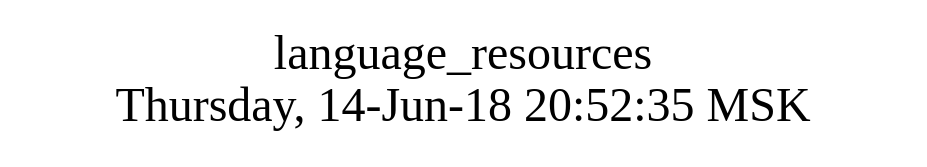
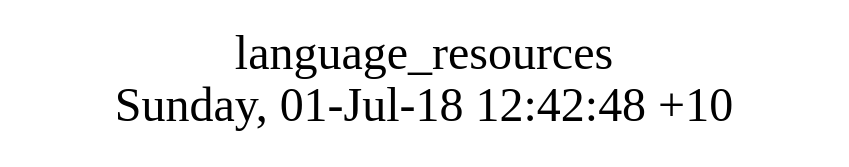
Before and after one commit to AplaProject/apps: the diagram in src/basic/language_resources/struct.dot, drawn with Graphviz. The commit also changed 53 other files, not shown here.

```diff
--- a/src/basic/language_resources/struct.dot
+++ b/src/basic/language_resources/struct.dot
@@ -1,10 +1,8 @@
 digraph G {
-graph [
-  fontsize="24";
-  label="language_resources\nThursday, 14-Jun-18 20:52:35 MSK";
-  nojustify=true;
-  ordering=out;
-  rankdir=LR;
-  size="30";
-];
+fontsize="24";
+label="language_resources\nSunday, 01-Jul-18 12:42:48 +10";
+nojustify=true;
+ordering=out;
+rankdir=LR;
+size="30";
 }
```
